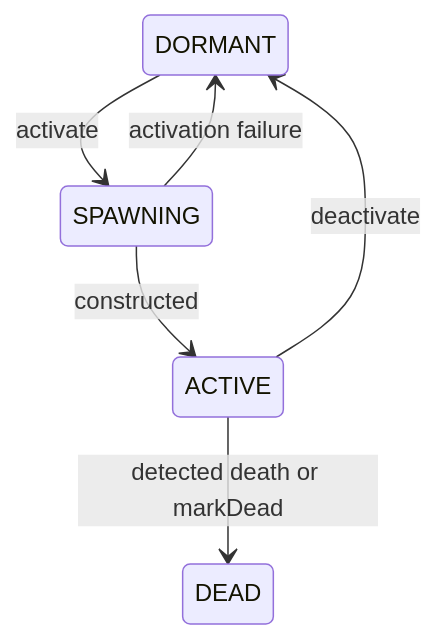
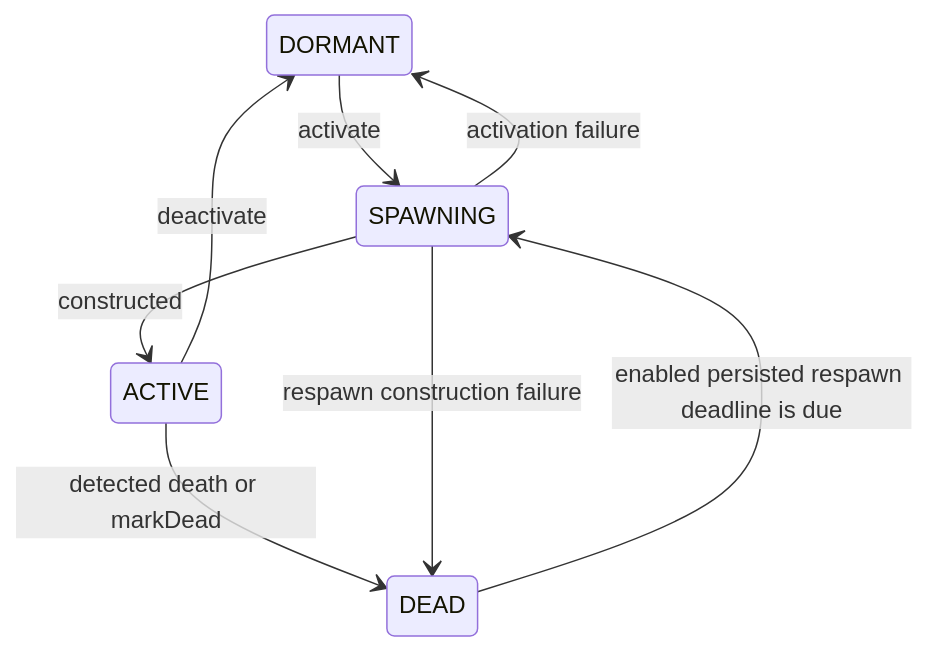
One commit to rbm4/apocalipsebr-zomboid-patches changed the diagram in 42.21.0/NPC-PROFILES-LIFECYCLE.md. Above: the diagram before and after it, drawn with Mermaid. The commit also changed other lines of this file and 20 other files, not shown here.

````diff
--- a/42.21.0/NPC-PROFILES-LIFECYCLE.md
+++ b/42.21.0/NPC-PROFILES-LIFECYCLE.md
@@ -123,8 +123,10 @@
 ```mermaid
 stateDiagram-v2
     DORMANT --> SPAWNING: activate
     SPAWNING --> ACTIVE: constructed
     SPAWNING --> DORMANT: activation failure
     ACTIVE --> DORMANT: deactivate
     ACTIVE --> DEAD: detected death or markDead
+    DEAD --> SPAWNING: enabled persisted respawn deadline is due
+    SPAWNING --> DEAD: respawn construction failure
 ```
````
